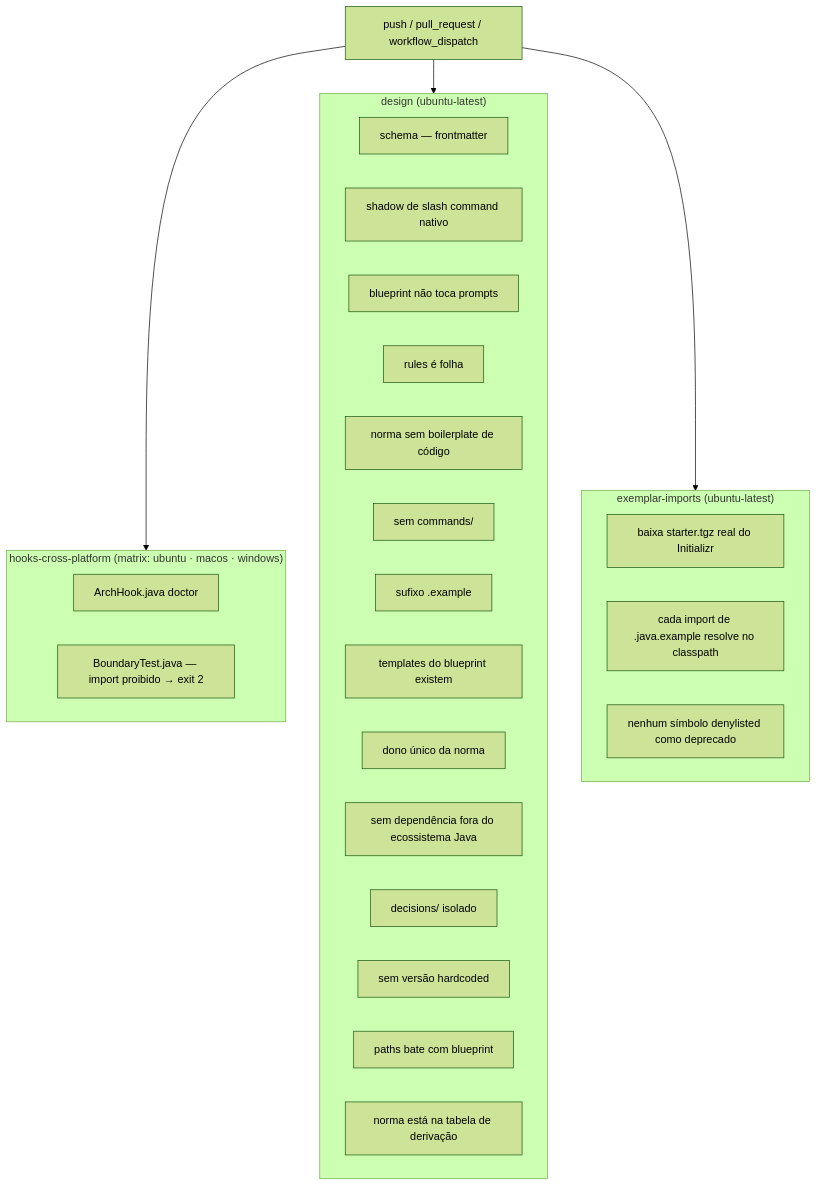
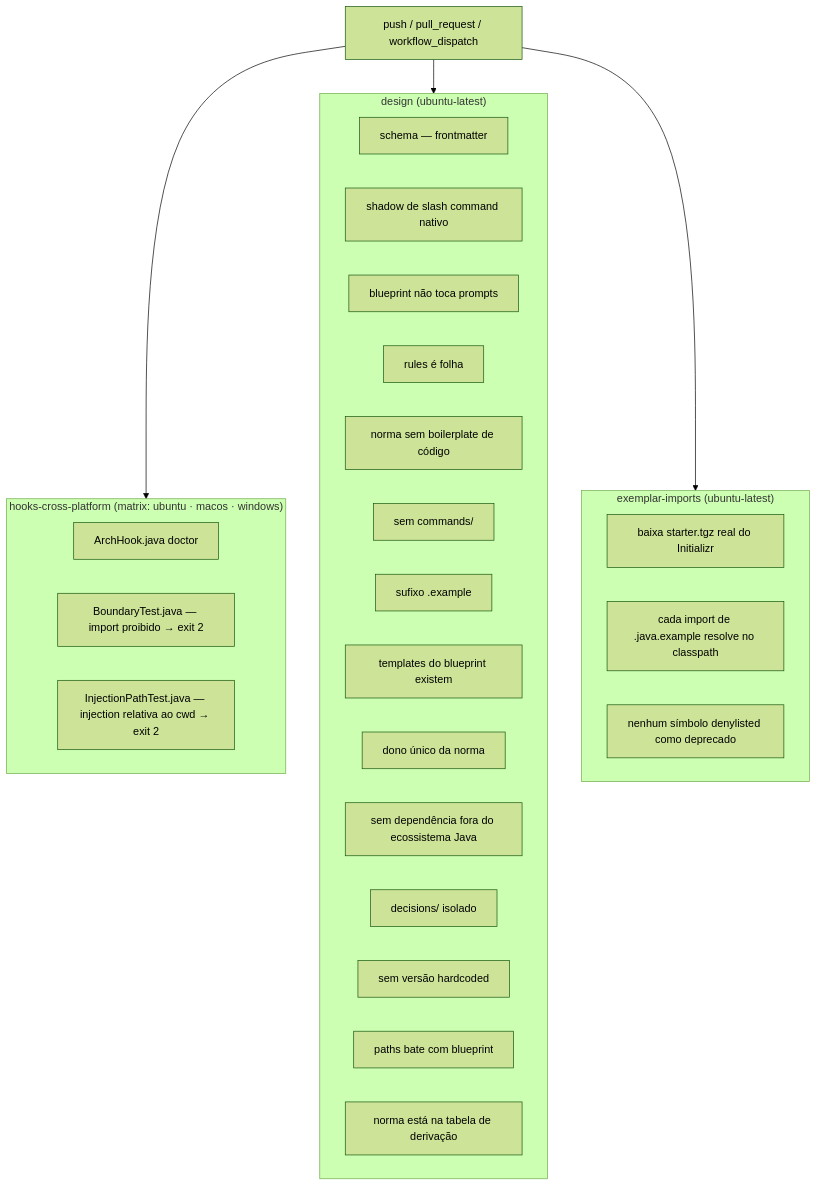
One commit to ice-lfernandes/claude-spring-architect changed the diagram in docs/07-ci-validate.md. Above: the diagram before and after it, drawn with Mermaid (forest theme). The commit also changed other lines of this file and 10 other files, not shown here.

First line of the commit message:
feat(hooks): block a cwd-relative injection in ArchHook schema mode

````diff
--- a/docs/07-ci-validate.md
+++ b/docs/07-ci-validate.md
@@ -17,34 +17,35 @@
 ```mermaid
 flowchart TD
     T[push / pull_request / workflow_dispatch] --> J1
     T --> J2
     T --> J3
 
     subgraph J1["hooks-cross-platform (matrix: ubuntu · macos · windows)"]
         H1[ArchHook.java doctor]
         H2[BoundaryTest.java — import proibido → exit 2]
+        H3[InjectionPathTest.java — injection relativa ao cwd → exit 2]
     end
 
     subgraph J2["design (ubuntu-latest)"]
         D1[schema — frontmatter]
         D3[shadow de slash command nativo]
         D4[blueprint não toca prompts]
         D5[rules é folha]
         D6[norma sem boilerplate de código]
         D7[sem commands/]
         D8[sufixo .example]
         D9[templates do blueprint existem]
         D10[dono único da norma]
         D11[sem dependência fora do ecossistema Java]
         D12[decisions/ isolado]
         D13[sem versão hardcoded]
         D14[paths bate com blueprint]
         D15[norma está na tabela de derivação]
     end
 
     subgraph J3["exemplar-imports (ubuntu-latest)"]
         E1[baixa starter.tgz real do Initializr]
         E2[cada import de .java.example resolve no classpath]
         E3[nenhum símbolo denylisted como deprecado]
     end
 ```
````
